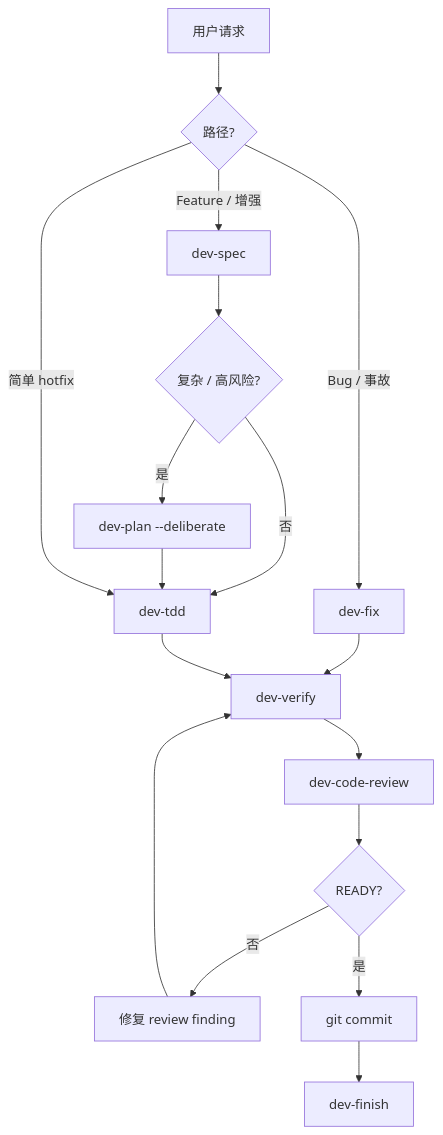
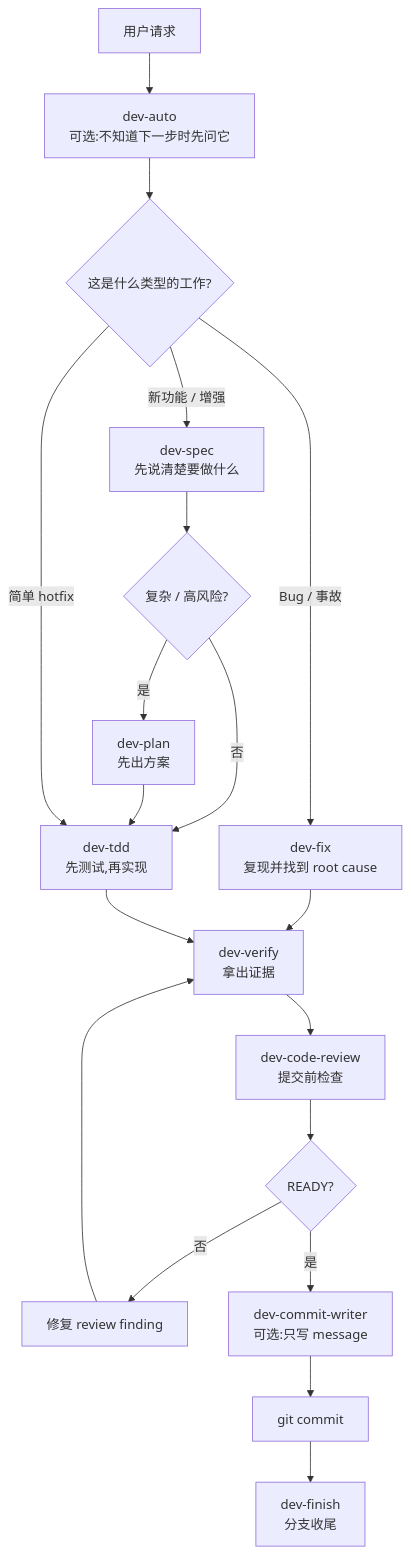
Before and after one commit to Jason-chen-coder/dev-skills: the diagram in README.md, drawn with Mermaid. The commit also changed other lines of this file and 4 other files, not shown here.

````diff
--- a/README.md
+++ b/README.md
@@ -228,23 +276,25 @@
 ```mermaid
 flowchart TD
-  Start["用户请求"] --> Kind{"路径?"}
+  Start["用户请求"] --> Auto["dev-auto<br/>可选:不知道下一步时先问它"]
+  Auto --> Kind{"这是什么类型的工作?"}
 
-  Kind -->|Feature / 增强| Spec["dev-spec"]
+  Kind -->|新功能 / 增强| Spec["dev-spec<br/>先说清楚要做什么"]
   Spec --> NeedPlan{"复杂 / 高风险?"}
-  NeedPlan -->|是| Plan["dev-plan --deliberate"]
-  NeedPlan -->|否| TDD["dev-tdd"]
+  NeedPlan -->|是| Plan["dev-plan<br/>先出方案"]
+  NeedPlan -->|否| TDD["dev-tdd<br/>先测试,再实现"]
   Plan --> TDD
 
-  Kind -->|Bug / 事故| Fix["dev-fix"]
-  Fix --> Verify["dev-verify"]
+  Kind -->|Bug / 事故| Fix["dev-fix<br/>复现并找到 root cause"]
+  Fix --> Verify["dev-verify<br/>拿出证据"]
 
   Kind -->|简单 hotfix| TDD
   TDD --> Verify
 
-  Verify --> Review["dev-code-review"]
+  Verify --> Review["dev-code-review<br/>提交前检查"]
   Review --> Ready{"READY?"}
   Ready -->|否| Rework["修复 review finding"]
   Rework --> Verify
-  Ready -->|是| GitCommit["git commit"]
-  GitCommit --> Finish["dev-finish"]
+  Ready -->|是| CommitMsg["dev-commit-writer<br/>可选:只写 message"]
+  CommitMsg --> GitCommit["git commit"]
+  GitCommit --> Finish["dev-finish<br/>分支收尾"]
 ```
````
